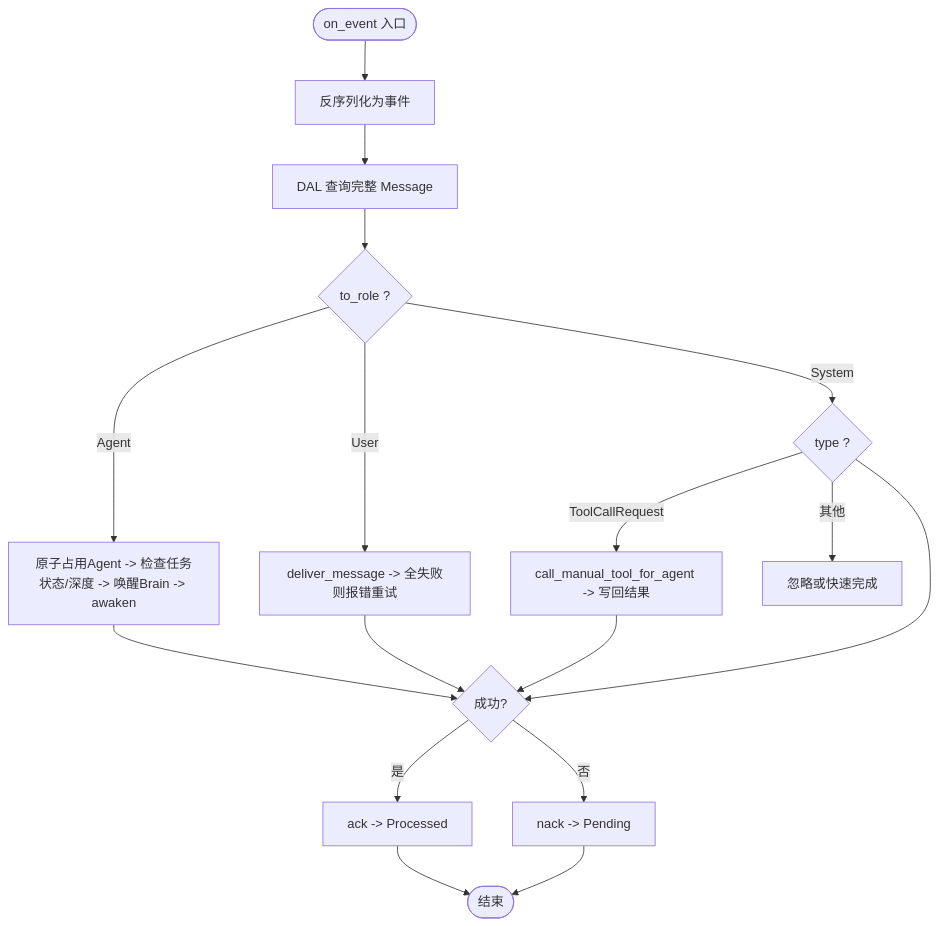
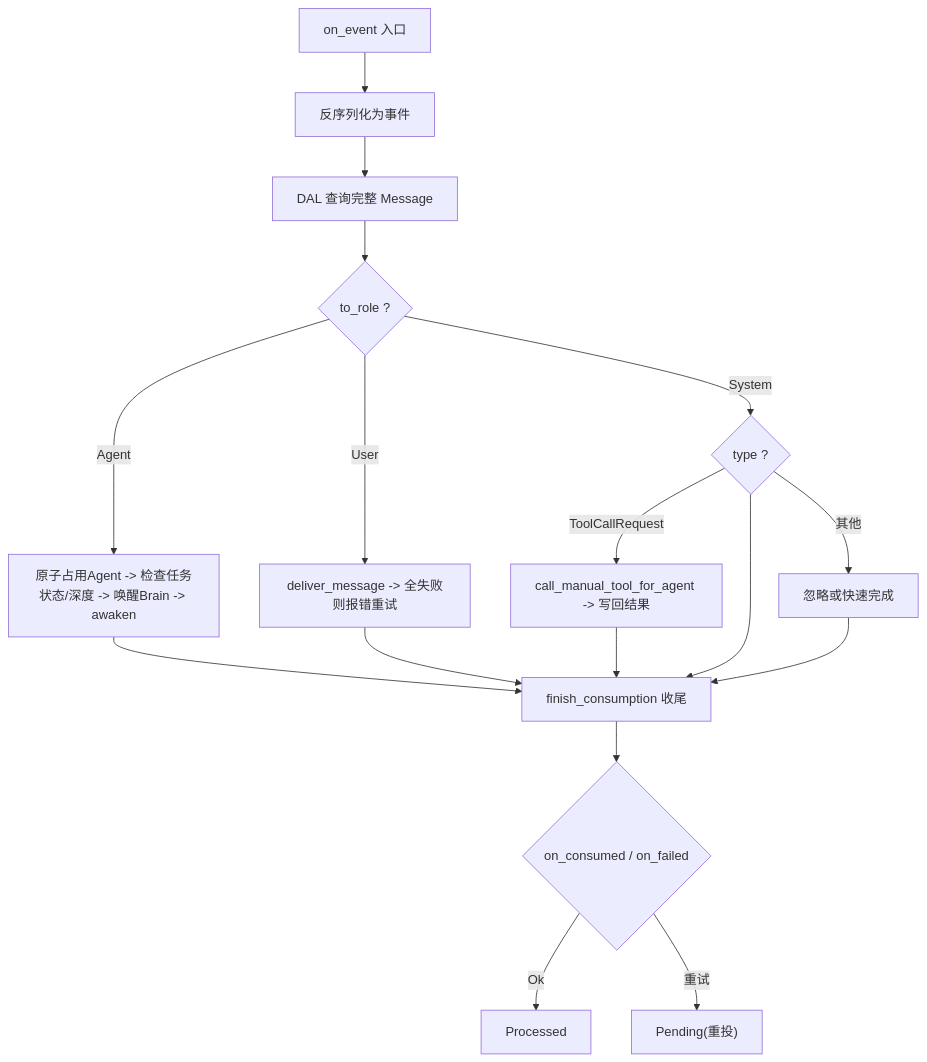
One commit to runningcoders/ai_orz changed the third of 4 diagrams in docs/wiki/zh/content/基础设施/AOP 事件系统/事件消费者/消息消费者.md. Above: the diagram before and after it, drawn with Mermaid. The commit also changed other lines of this file and 37 other files, not shown here.

````diff
--- a/docs/wiki/zh/content/基础设施/AOP 事件系统/事件消费者/消息消费者.md
+++ b/docs/wiki/zh/content/基础设施/AOP 事件系统/事件消费者/消息消费者.md
@@ -155,19 +161,19 @@
 ```mermaid
-flowchart TD
-Start(["on_event 入口"]) --> Parse["反序列化为事件"]
+graph TB
+Start["on_event 入口"] --> Parse["反序列化为事件"]
 Parse --> LoadMsg["DAL 查询完整 Message"]
 LoadMsg --> Route{"to_role ?"}
 Route --> |Agent| AgentFlow["原子占用Agent -> 检查任务状态/深度 -> 唤醒Brain -> awaken"]
 Route --> |User| UserFlow["deliver_message -> 全失败则报错重试"]
 Route --> |System| SysFlow{"type ?"}
 SysFlow --> |ToolCallRequest| ToolFlow["call_manual_tool_for_agent -> 写回结果"]
 SysFlow --> |其他| DoneOk["忽略或快速完成"]
-AgentFlow --> Ack{"成功?"}
-UserFlow --> Ack
-ToolFlow --> Ack
-SysFlow --> Ack
-Ack --> |是| SetProcessed["ack -> Processed"]
-Ack --> |否| SetPending["nack -> Pending"]
-SetProcessed --> End(["结束"])
-SetPending --> End
+AgentFlow --> Finish["finish_consumption 收尾"]
+UserFlow --> Finish
+ToolFlow --> Finish
+SysFlow --> Finish
+DoneOk --> Finish
+Finish --> Outcome{"on_consumed / on_failed"}
+Outcome --> |Ok| SetProcessed["Processed"]
+Outcome --> |重试| SetPending["Pending(重投)"]
 ```
````
